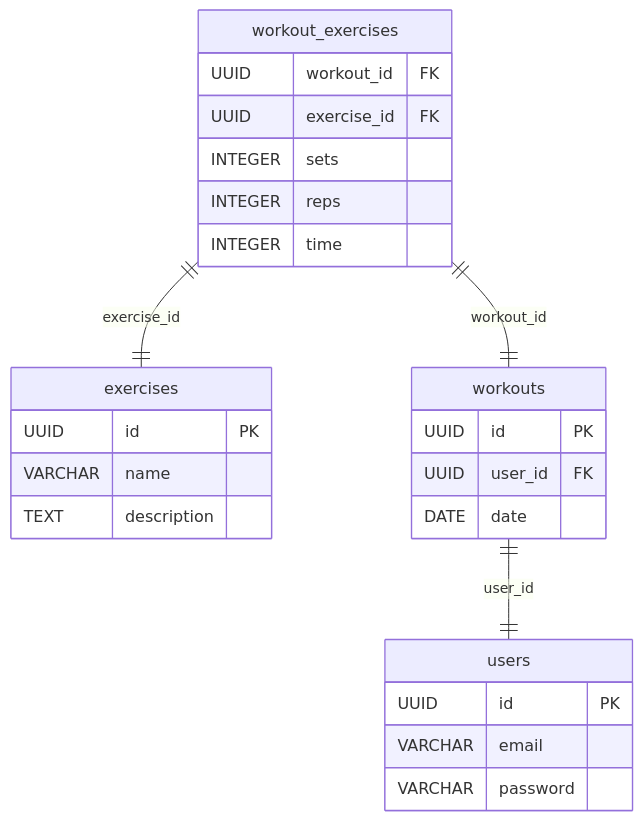
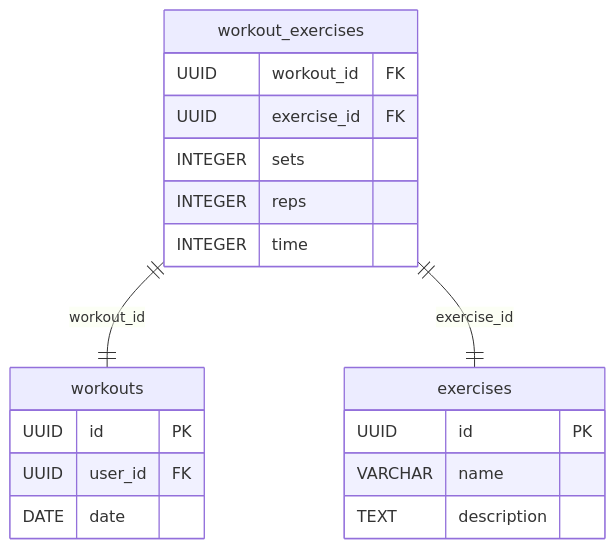
One commit to noriyotcp/til changed the diagram in projects/Cline/workout-app/docs/adr/001_create_database_schema.md. Above: the diagram before and after it, drawn with Mermaid. The commit also changed other lines of this file and 13 other files, not shown here.

````diff
--- a/projects/Cline/workout-app/docs/adr/001_create_database_schema.md
+++ b/projects/Cline/workout-app/docs/adr/001_create_database_schema.md
@@ -22,29 +21,23 @@
 ```mermaid
 erDiagram
-    users {
-        UUID id PK
-        VARCHAR email
-        VARCHAR password
-    }
     exercises {
         UUID id PK
         VARCHAR name
         TEXT description
     }
     workouts {
         UUID id PK
         UUID user_id FK
         DATE date
     }
     workout_exercises {
         UUID workout_id FK
         UUID exercise_id FK
         INTEGER sets
         INTEGER reps
         INTEGER time
     }
 
-    workouts ||--|| users : "user_id"
     workout_exercises ||--|| workouts : "workout_id"
     workout_exercises ||--|| exercises : "exercise_id"
 ```
````
